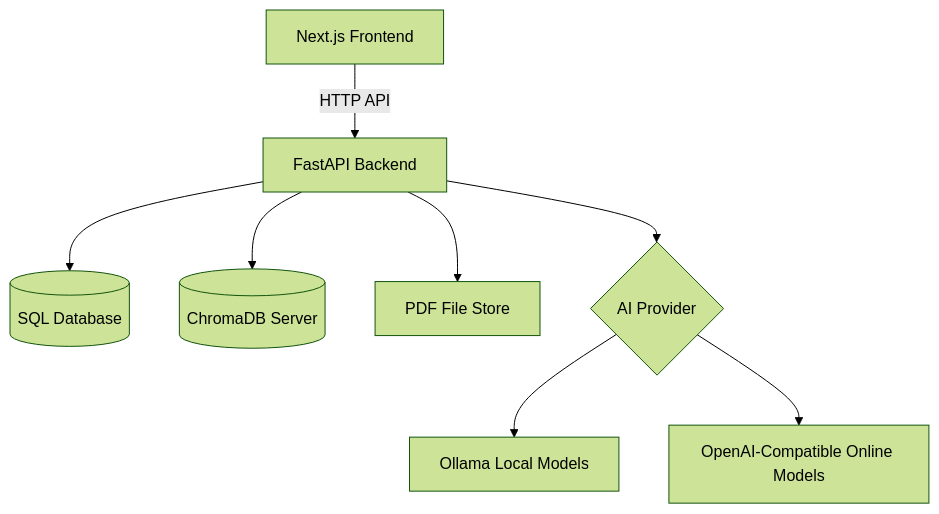
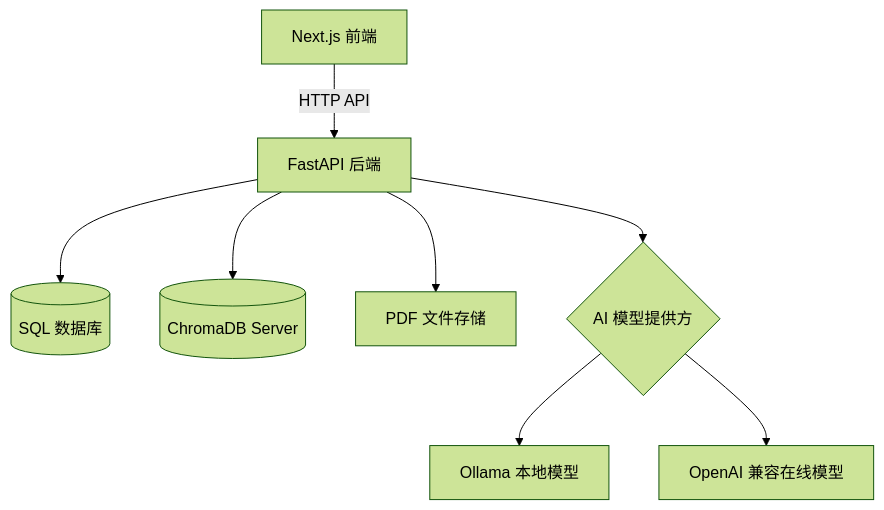
One commit to lc114548274-pixel/campusmind-ai-study-assistant changed the first of 2 diagrams in docs/architecture.md. Above: the diagram before and after it, drawn with Mermaid (forest theme). The commit also changed other lines of this file and 22 other files, not shown here.

````diff
--- a/docs/architecture.md
+++ b/docs/architecture.md
@@ -5,10 +5,10 @@
 ```mermaid
 flowchart TD
-  A[Next.js Frontend] -->|HTTP API| B[FastAPI Backend]
-  B --> C[(SQL Database)]
+  A[Next.js 前端] -->|HTTP API| B[FastAPI 后端]
+  B --> C[(SQL 数据库)]
   B --> D[(ChromaDB Server)]
-  B --> E[PDF File Store]
-  B --> F{AI Provider}
-  F --> G[Ollama Local Models]
-  F --> H[OpenAI-Compatible Online Models]
+  B --> E[PDF 文件存储]
+  B --> F{AI 模型提供方}
+  F --> G[Ollama 本地模型]
+  F --> H[OpenAI 兼容在线模型]
 ```
````
